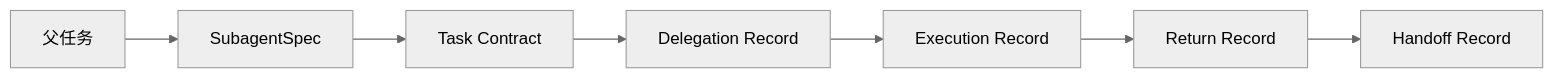
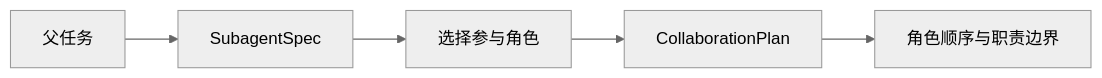
One commit to XiaoHG/agi_agent changed the fourth of 5 diagrams in publish/drafts/ch07/ch07.md. Above: the diagram before and after it, drawn with Mermaid (neutral theme). The commit also changed other lines of this file and 16 other files, not shown here.

````diff
--- a/publish/drafts/ch07/ch07.md
+++ b/publish/drafts/ch07/ch07.md
@@ -76,9 +72,7 @@
 ```mermaid
 flowchart LR
     P1[父任务] --> P2[SubagentSpec]
-    P2 --> P3[Task Contract]
-    P3 --> P4[Delegation Record]
-    P4 --> P5[Execution Record]
-    P5 --> P6[Return Record]
-    P6 --> P7[Handoff Record]
+    P2 --> P3[选择参与角色]
+    P3 --> P4[CollaborationPlan]
+    P4 --> P5[角色顺序与职责边界]
 ```
````
